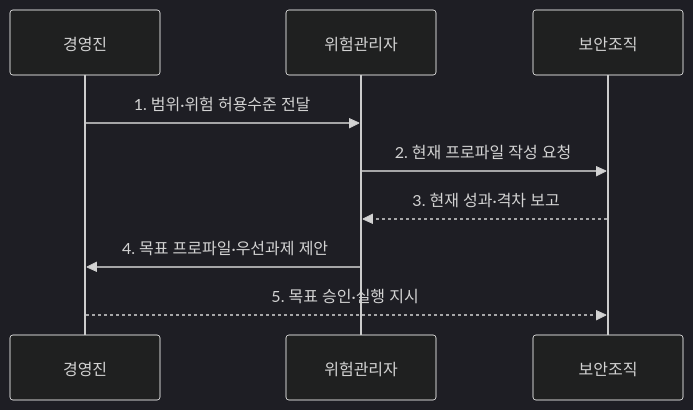
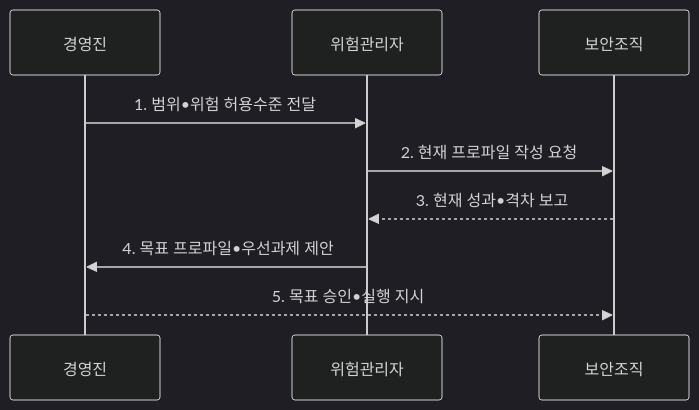
Before and after one commit to agnusdei1207/knowledge-base: the second of 2 diagrams in src/content/docs/notes/07-law-policy/037_nist_csf_2_0.md, drawn with Mermaid (dark theme). The commit also changed other lines of this file and 953 other files, not shown here.

````diff
--- a/src/content/docs/notes/07-law-policy/037_nist_csf_2_0.md
+++ b/src/content/docs/notes/07-law-policy/037_nist_csf_2_0.md
@@ -101,11 +101,11 @@
 ```mermaid
 sequenceDiagram
     participant G as 경영진
     participant R as 위험관리자
     participant O as 보안조직
-    G->>R: 1. 범위·위험 허용수준 전달
+    G->>R: 1. 범위•위험 허용수준 전달
     R->>O: 2. 현재 프로파일 작성 요청
-    O-->>R: 3. 현재 성과·격차 보고
-    R->>G: 4. 목표 프로파일·우선과제 제안
-    G-->>O: 5. 목표 승인·실행 지시
+    O-->>R: 3. 현재 성과•격차 보고
+    R->>G: 4. 목표 프로파일•우선과제 제안
+    G-->>O: 5. 목표 승인•실행 지시
 ```
````
